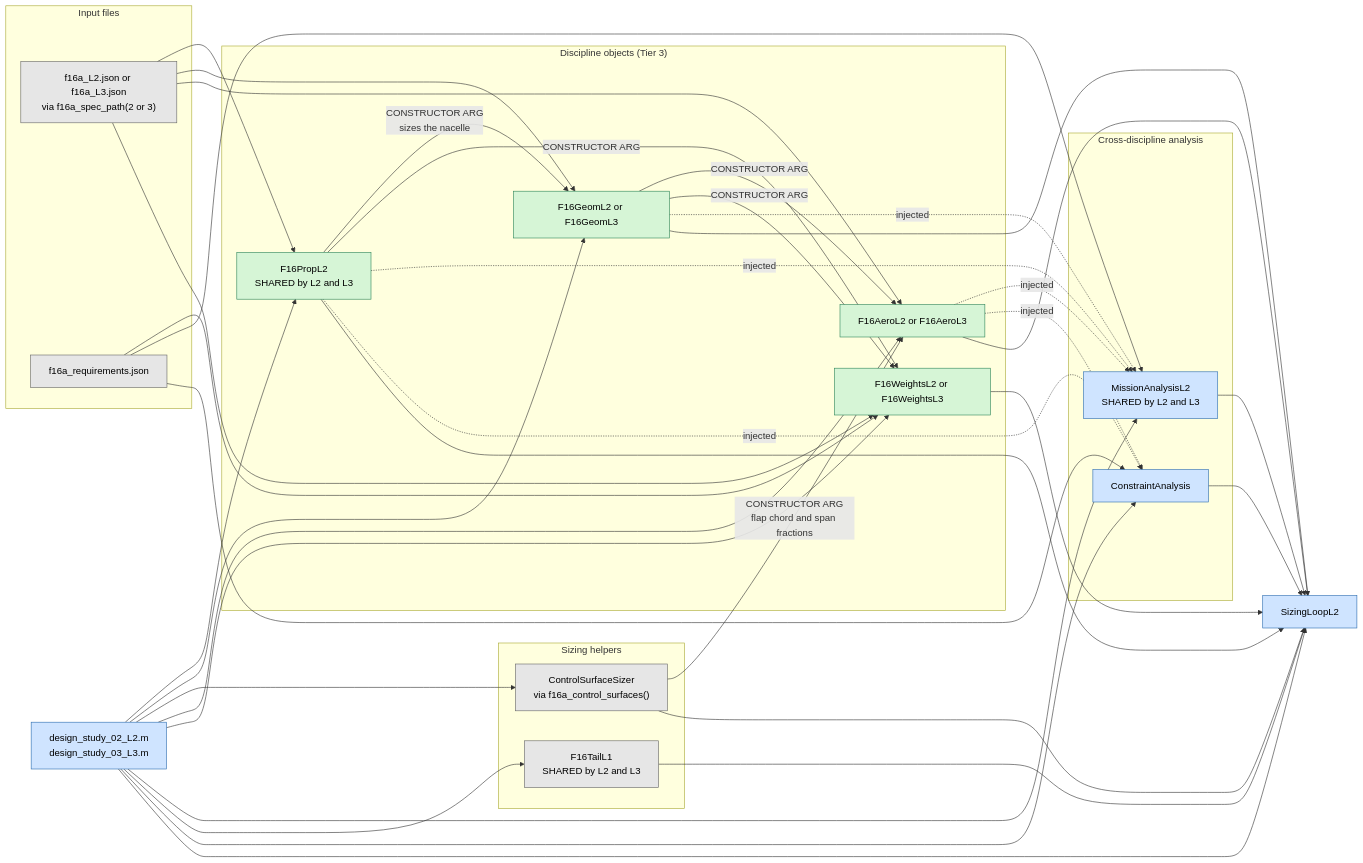
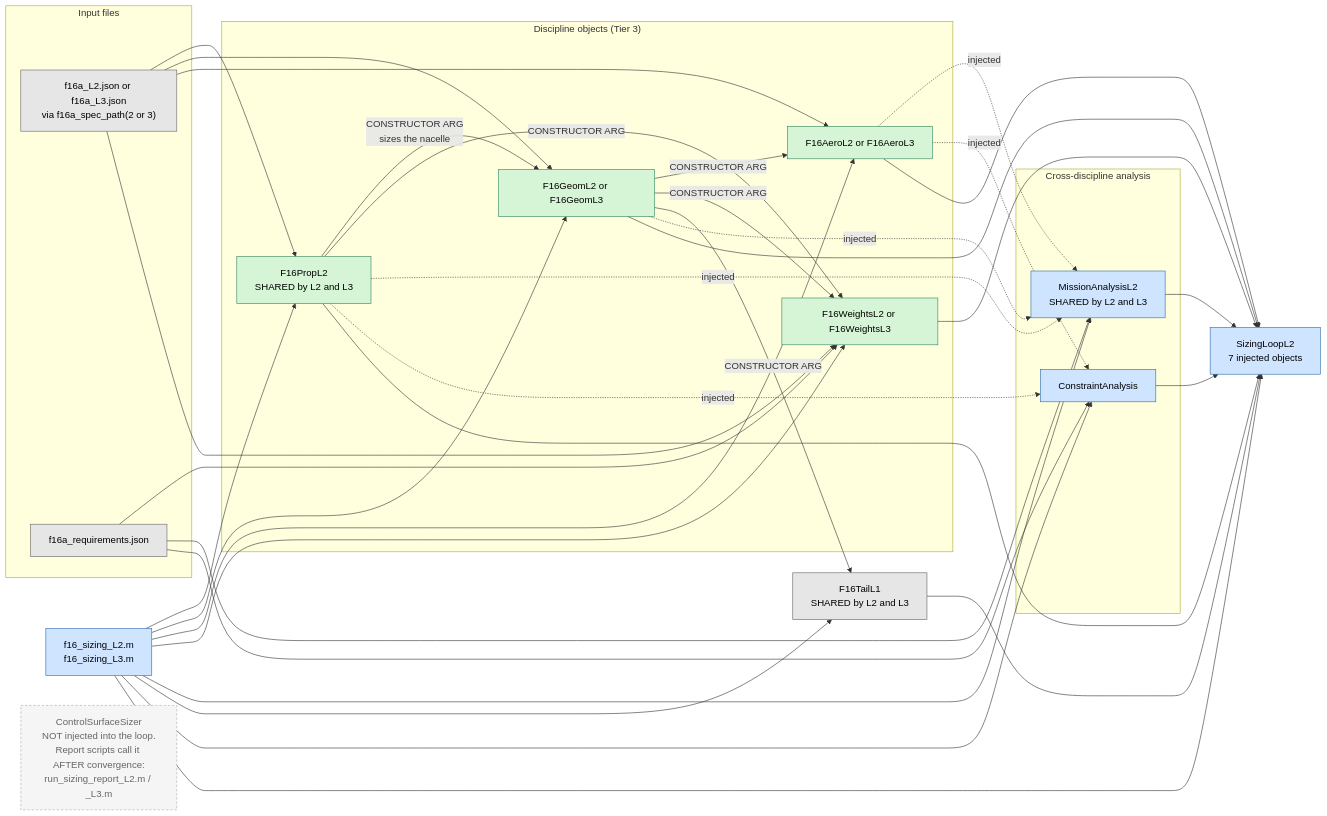
The third of 12 diagrams in air_vehicle_design/sizing/docs/Mermaid_Diagrams/sizing_loop_dependency_diagrams.md (Idopt-Lab/air-vehicle-design), drawn with Mermaid before and after one commit. The commit also changed other lines of this file, not shown here.

First line of the commit message:
docs: rewrite the stale sizing-loop dependency diagrams

````diff
--- a/air_vehicle_design/sizing/docs/Mermaid_Diagrams/sizing_loop_dependency_diagrams.md
+++ b/air_vehicle_design/sizing/docs/Mermaid_Diagrams/sizing_loop_dependency_diagrams.md
@@ -183,74 +179,73 @@
 ```mermaid
 flowchart LR
     subgraph DATA["Input files"]
         SPEC["f16a_L2.json or f16a_L3.json<br/>via f16a_spec_path(2 or 3)"]
         REQ["f16a_requirements.json"]
     end
 
-    STUDY["design_study_02_L2.m<br/>design_study_03_L3.m"]
+    STUDY["f16_sizing_L2.m<br/>f16_sizing_L3.m"]
 
     subgraph DISC["Discipline objects (Tier 3)"]
         PROP["F16PropL2<br/>SHARED by L2 and L3"]
         GEOM["F16GeomL2 or F16GeomL3"]
         AERO["F16AeroL2 or F16AeroL3"]
         WTS["F16WeightsL2 or F16WeightsL3"]
     end
 
-    subgraph SIZERS["Sizing helpers"]
-        TAIL["F16TailL1<br/>SHARED by L2 and L3"]
-        CTRL["ControlSurfaceSizer<br/>via f16a_control_surfaces()"]
-    end
+    TAIL["F16TailL1<br/>SHARED by L2 and L3"]
 
     subgraph ANALYSIS["Cross-discipline analysis"]
         MISS["MissionAnalysisL2<br/>SHARED by L2 and L3"]
         CON["ConstraintAnalysis"]
     end
 
-    LOOP["SizingLoopL2"]
+    LOOP["SizingLoopL2<br/>7 injected objects"]
 
     STUDY --> PROP
     STUDY --> GEOM
-    STUDY --> CTRL
     STUDY --> AERO
     STUDY --> WTS
     STUDY --> MISS
     STUDY --> TAIL
     STUDY --> CON
     STUDY --> LOOP
 
     SPEC --> PROP
     SPEC --> GEOM
     SPEC --> AERO
     SPEC --> WTS
     REQ --> WTS
     REQ --> MISS
     REQ --> CON
 
     PROP -->|"CONSTRUCTOR ARG<br/>sizes the nacelle"| GEOM
     GEOM -->|"CONSTRUCTOR ARG"| AERO
-    CTRL -->|"CONSTRUCTOR ARG<br/>flap chord and span fractions"| AERO
     GEOM -->|"CONSTRUCTOR ARG"| WTS
     PROP -->|"CONSTRUCTOR ARG"| WTS
+    GEOM -->|"CONSTRUCTOR ARG"| TAIL
 
     AERO -. injected .-> MISS
     PROP -. injected .-> MISS
     GEOM -. injected .-> MISS
     AERO -. injected .-> CON
     PROP -. injected .-> CON
 
     AERO --> LOOP
     PROP --> LOOP
     WTS --> LOOP
     GEOM --> LOOP
     MISS --> LOOP
     CON --> LOOP
     TAIL --> LOOP
-    CTRL --> LOOP
+
+    CTRL["ControlSurfaceSizer<br/>NOT injected into the loop.<br/>Report scripts call it AFTER convergence:<br/>run_sizing_report_L2.m / _L3.m"]
 
     classDef orch fill:#cfe4ff,stroke:#2b6cb0,color:#000
     classDef disc fill:#d6f5d6,stroke:#2f855a,color:#000
     classDef data fill:#e6e6e6,stroke:#666,color:#000
+    classDef out fill:#f5f5f5,stroke:#aaa,color:#666,stroke-dasharray: 4 3
     class LOOP,MISS,CON,STUDY orch
     class PROP,GEOM,AERO,WTS disc
-    class TAIL,CTRL,SPEC,REQ data
+    class TAIL,SPEC,REQ data
+    class CTRL out
 ```
````
